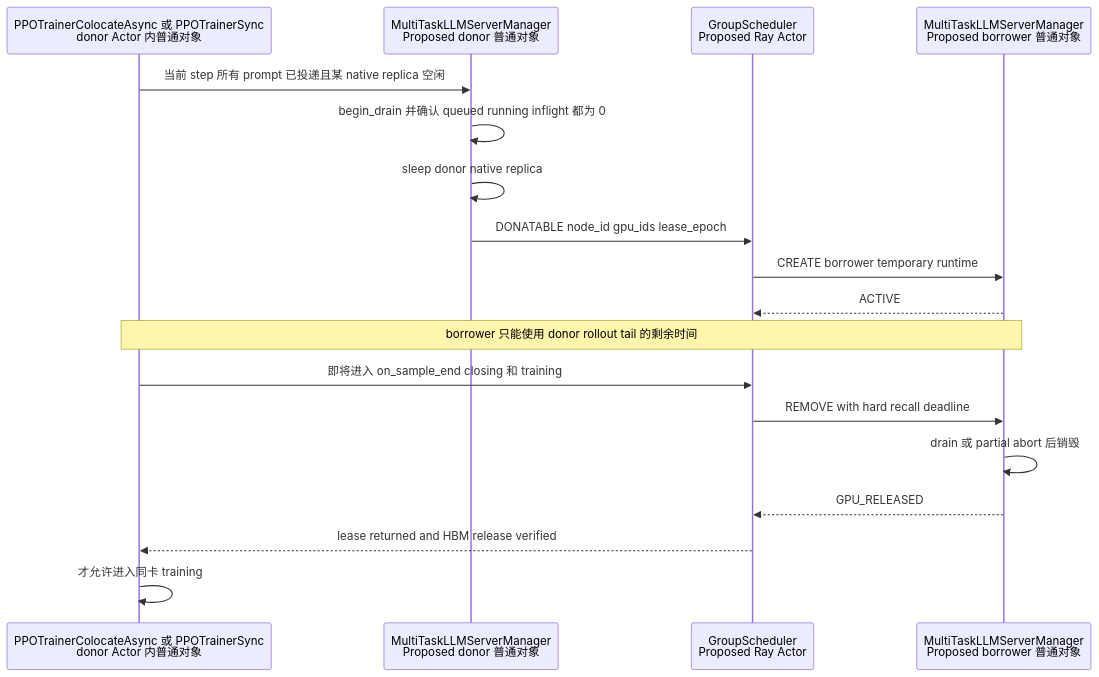
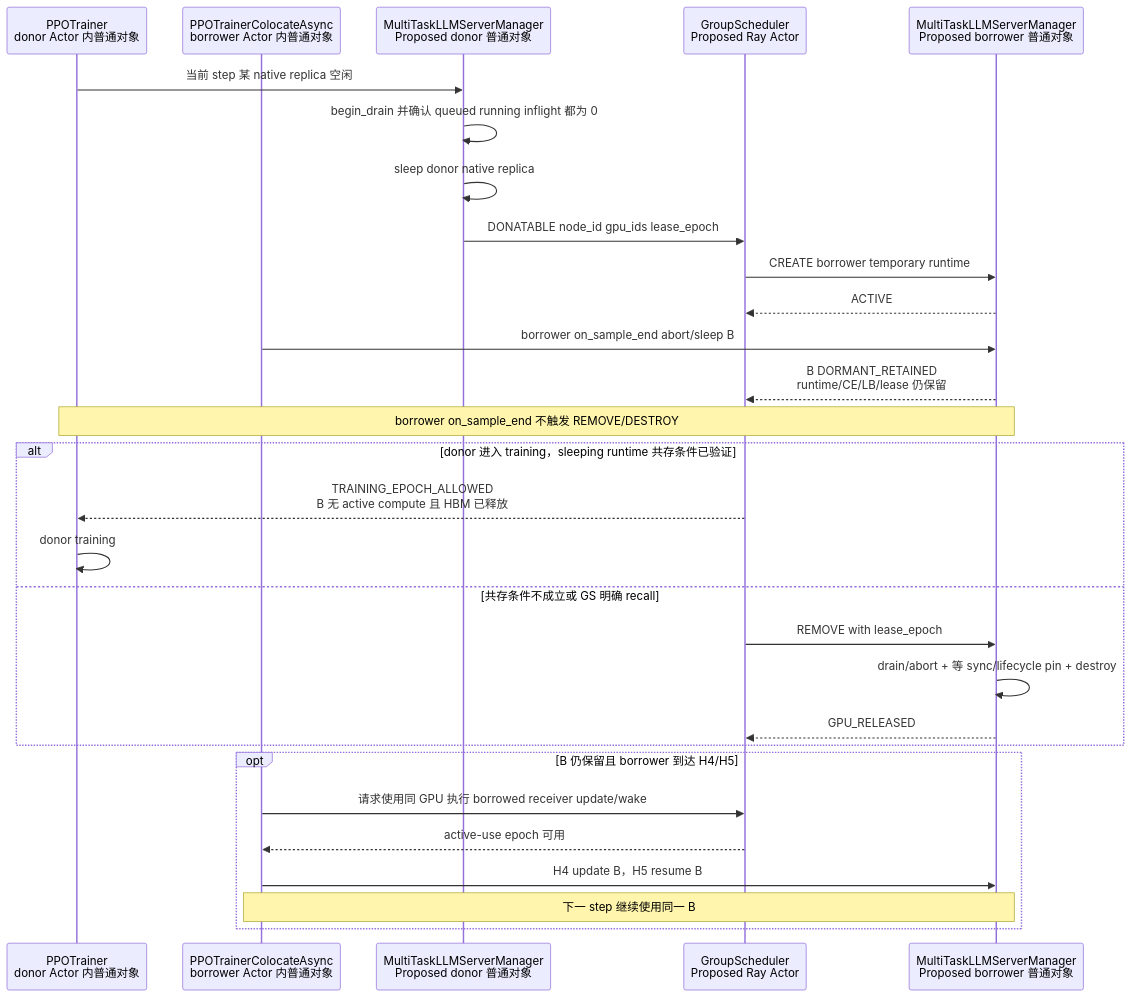
Before and after one commit to niuypei/multi_task_verl: diagram 11 of 11 in multi_task_scheduler/references/17-verl-v0.9-dynamic-replica-scaling-timing-and-mutual-exclusion.md, drawn with Mermaid. The commit also changed other lines of this file and 2 other files, not shown here.

Commit message:
docs: simplify standalone replica synchronization

````diff
--- a/multi_task_scheduler/references/17-verl-v0.9-dynamic-replica-scaling-timing-and-mutual-exclusion.md
+++ b/multi_task_scheduler/references/17-verl-v0.9-dynamic-replica-scaling-timing-and-mutual-exclusion.md
@@ -1174,21 +1906,34 @@
 ```mermaid
 sequenceDiagram
-    participant DP as PPOTrainerColocateAsync 或 PPOTrainerSync<br/>donor Actor 内普通对象
+    participant DP as PPOTrainer<br/>donor Actor 内普通对象
+    participant BP as PPOTrainerColocateAsync<br/>borrower Actor 内普通对象
     participant DM as MultiTaskLLMServerManager<br/>Proposed donor 普通对象
     participant GS as GroupScheduler<br/>Proposed Ray Actor
     participant BM as MultiTaskLLMServerManager<br/>Proposed borrower 普通对象
 
-    DP->>DM: 当前 step 所有 prompt 已投递且某 native replica 空闲
+    DP->>DM: 当前 step 某 native replica 空闲
     DM->>DM: begin_drain 并确认 queued running inflight 都为 0
     DM->>DM: sleep donor native replica
     DM->>GS: DONATABLE node_id gpu_ids lease_epoch
     GS->>BM: CREATE borrower temporary runtime
     BM-->>GS: ACTIVE
-    Note over DP,BM: borrower 只能使用 donor rollout tail 的剩余时间
-    DP->>GS: 即将进入 on_sample_end closing 和 training
-    GS->>BM: REMOVE with hard recall deadline
-    BM->>BM: drain 或 partial abort 后销毁
-    BM-->>GS: GPU_RELEASED
-    GS-->>DP: lease returned and HBM release verified
-    DP->>DP: 才允许进入同卡 training
+    BP->>BM: borrower on_sample_end abort/sleep B
+    BM-->>GS: B DORMANT_RETAINED<br/>runtime/CE/LB/lease 仍保留
+    Note over DP,BM: borrower on_sample_end 不触发 REMOVE/DESTROY
+
+    alt donor 进入 training，sleeping runtime 共存条件已验证
+        GS-->>DP: TRAINING_EPOCH_ALLOWED<br/>B 无 active compute 且 HBM 已释放
+        DP->>DP: donor training
+    else 共存条件不成立或 GS 明确 recall
+        GS->>BM: REMOVE with lease_epoch
+        BM->>BM: drain/abort + 等 sync/lifecycle pin + destroy
+        BM-->>GS: GPU_RELEASED
+    end
+
+    opt B 仍保留且 borrower 到达 H4/H5
+        BP->>GS: 请求使用同 GPU 执行 borrowed receiver update/wake
+        GS-->>BP: active-use epoch 可用
+        BP->>BM: H4 update B，H5 resume B
+        Note over BP,BM: 下一 step 继续使用同一 B
+    end
 ```
````
